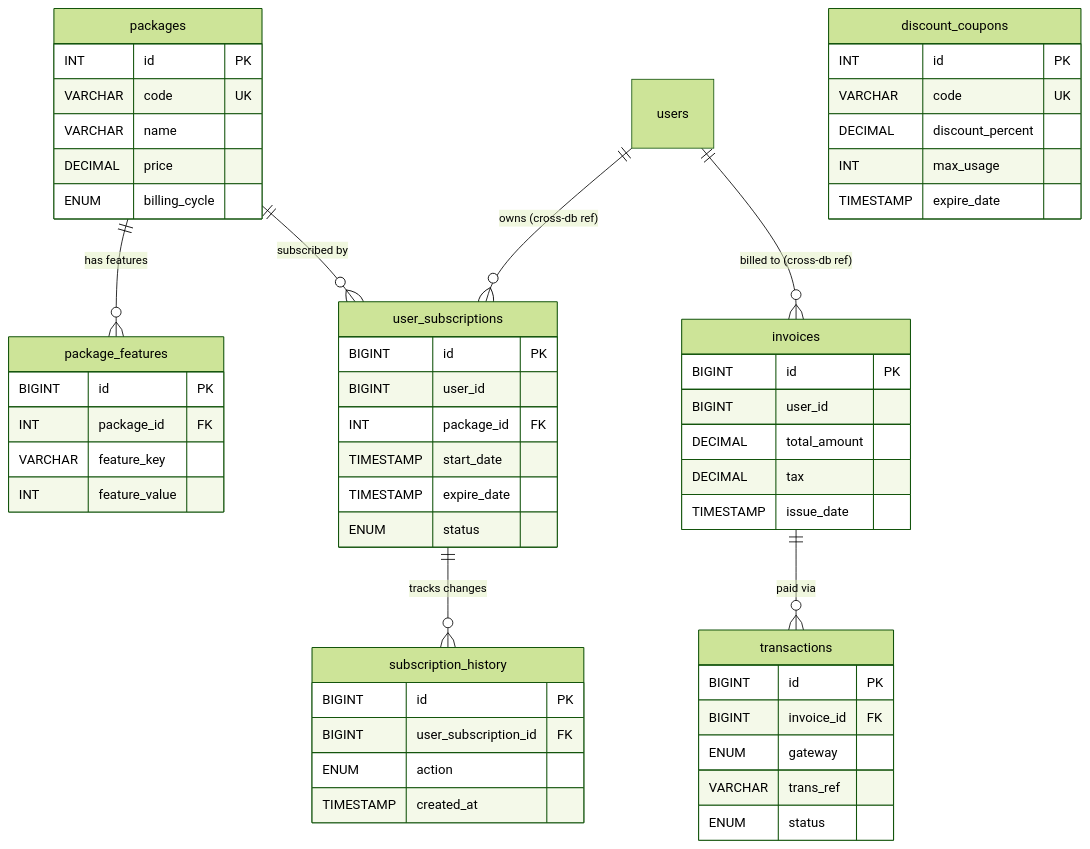
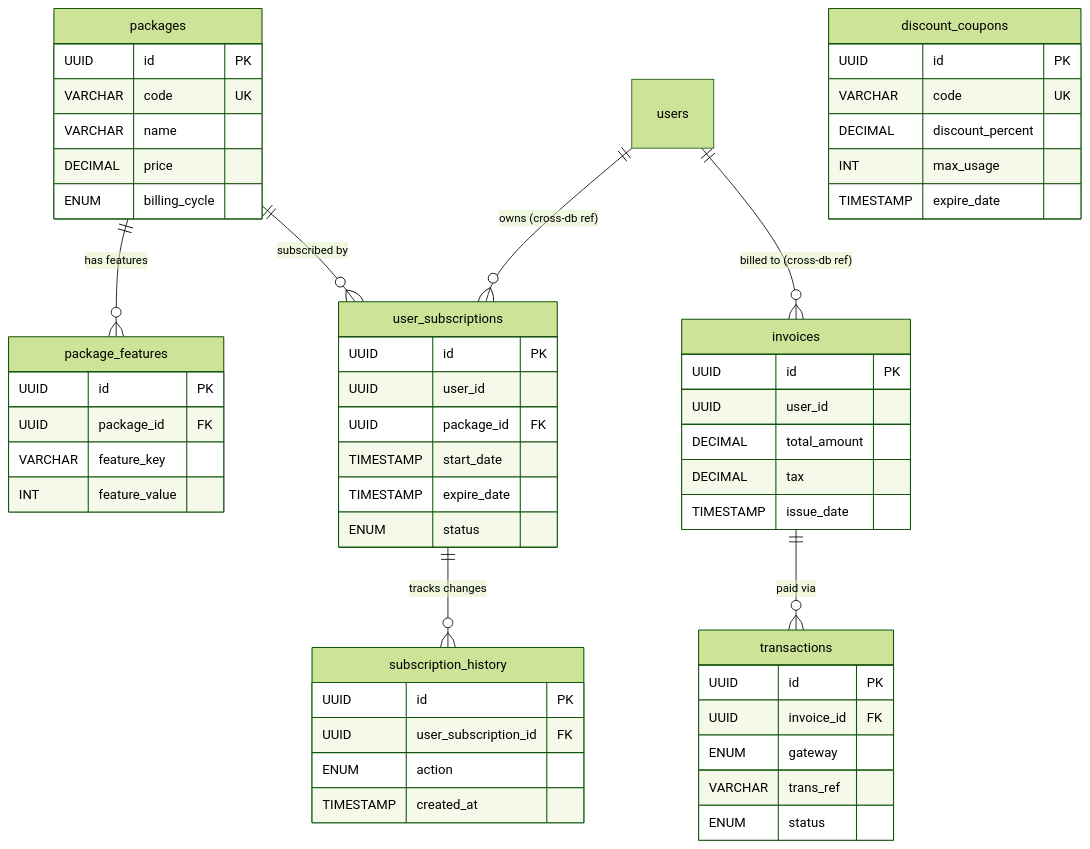
The third of 5 diagrams in README.md (ChuNgocThang2704/AI-Slide-Generator), drawn with Mermaid (forest theme) before and after one commit. The commit also changed other lines of this file and 36 other files, not shown here.

````diff
--- a/README.md
+++ b/README.md
@@ -421,58 +421,58 @@
 ```mermaid
 erDiagram
     packages ||--o{ package_features : "has features"
     packages ||--o{ user_subscriptions : "subscribed by"
     user_subscriptions ||--o{ subscription_history : "tracks changes"
     users ||--o{ user_subscriptions : "owns (cross-db ref)"
     users ||--o{ invoices : "billed to (cross-db ref)"
     invoices ||--o{ transactions : "paid via"
 
     packages {
-        INT id PK
+        UUID id PK
         VARCHAR code UK
         VARCHAR name
         DECIMAL price
         ENUM billing_cycle
     }
     package_features {
-        BIGINT id PK
-        INT package_id FK
+        UUID id PK
+        UUID package_id FK
         VARCHAR feature_key
         INT feature_value
     }
     user_subscriptions {
-        BIGINT id PK
-        BIGINT user_id
-        INT package_id FK
+        UUID id PK
+        UUID user_id
+        UUID package_id FK
         TIMESTAMP start_date
         TIMESTAMP expire_date
         ENUM status
     }
     subscription_history {
-        BIGINT id PK
-        BIGINT user_subscription_id FK
+        UUID id PK
+        UUID user_subscription_id FK
         ENUM action
         TIMESTAMP created_at
     }
     invoices {
-        BIGINT id PK
-        BIGINT user_id
+        UUID id PK
+        UUID user_id
         DECIMAL total_amount
         DECIMAL tax
         TIMESTAMP issue_date
     }
     transactions {
-        BIGINT id PK
-        BIGINT invoice_id FK
+        UUID id PK
+        UUID invoice_id FK
         ENUM gateway
         VARCHAR trans_ref
         ENUM status
     }
     discount_coupons {
-        INT id PK
+        UUID id PK
         VARCHAR code UK
         DECIMAL discount_percent
         INT max_usage
         TIMESTAMP expire_date
     }
 ```
````
